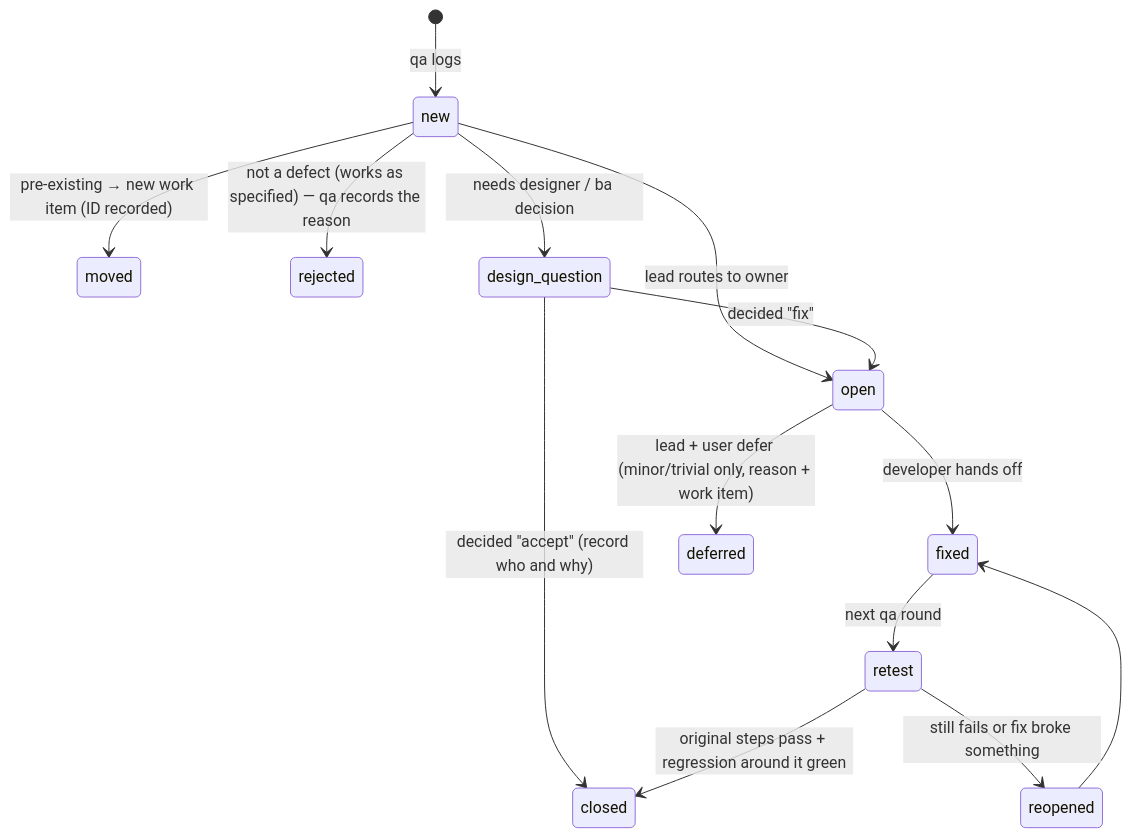
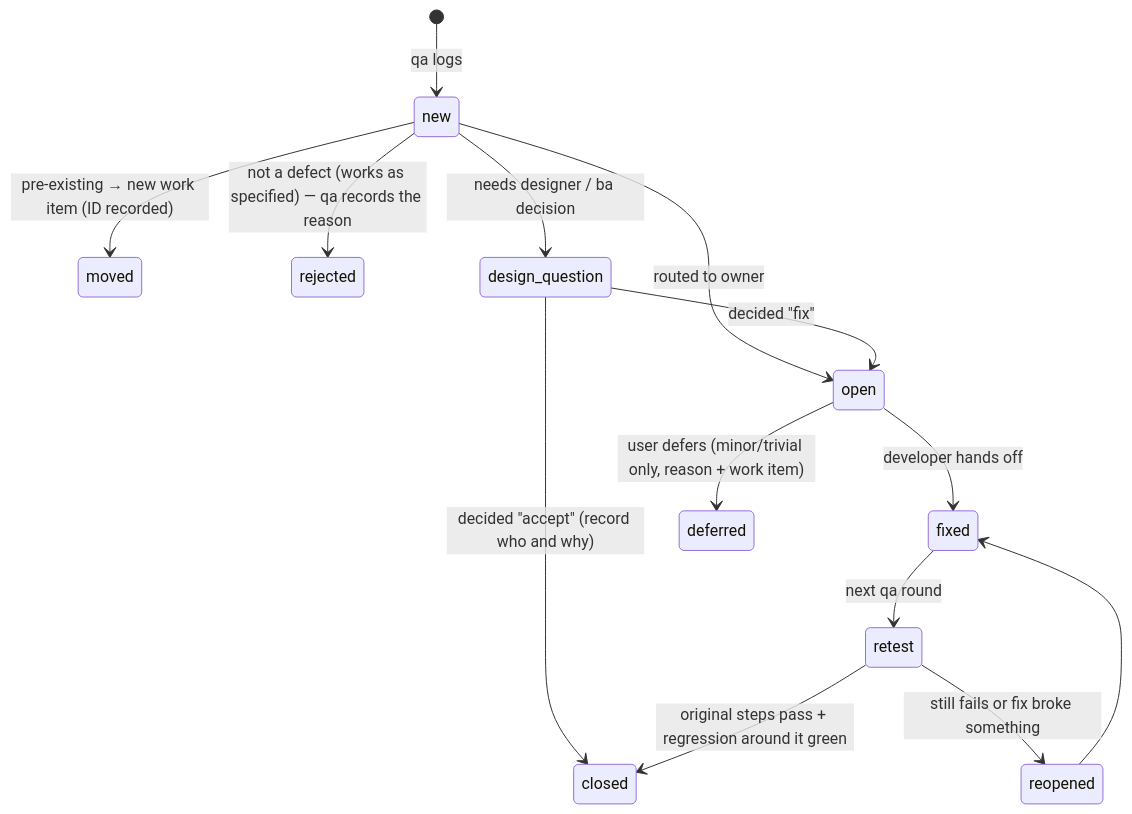
One commit to Tuan-Quyen/technical-teams changed the diagram in skills/test-process/references/defects-and-reports.md. Above: the diagram before and after it, drawn with Mermaid. The commit also changed other lines of this file and 65 other files, not shown here.

````diff
--- a/skills/test-process/references/defects-and-reports.md
+++ b/skills/test-process/references/defects-and-reports.md
@@ -54,16 +54,16 @@
 ```mermaid
 stateDiagram-v2
   [*] --> new: qa logs
-  new --> open: lead routes to owner
+  new --> open: routed to owner
   new --> moved: pre-existing → new work item (ID recorded)
   new --> rejected: not a defect (works as specified) — qa records the reason
   new --> design_question: needs designer / ba decision
   design_question --> open: decided "fix"
   design_question --> closed: decided "accept" (record who and why)
   open --> fixed: developer hands off
   fixed --> retest: next qa round
   retest --> closed: original steps pass + regression around it green
   retest --> reopened: still fails or fix broke something
   reopened --> fixed
-  open --> deferred: lead + user defer (minor/trivial only, reason + work item)
+  open --> deferred: user defers (minor/trivial only, reason + work item)
 ```
````
